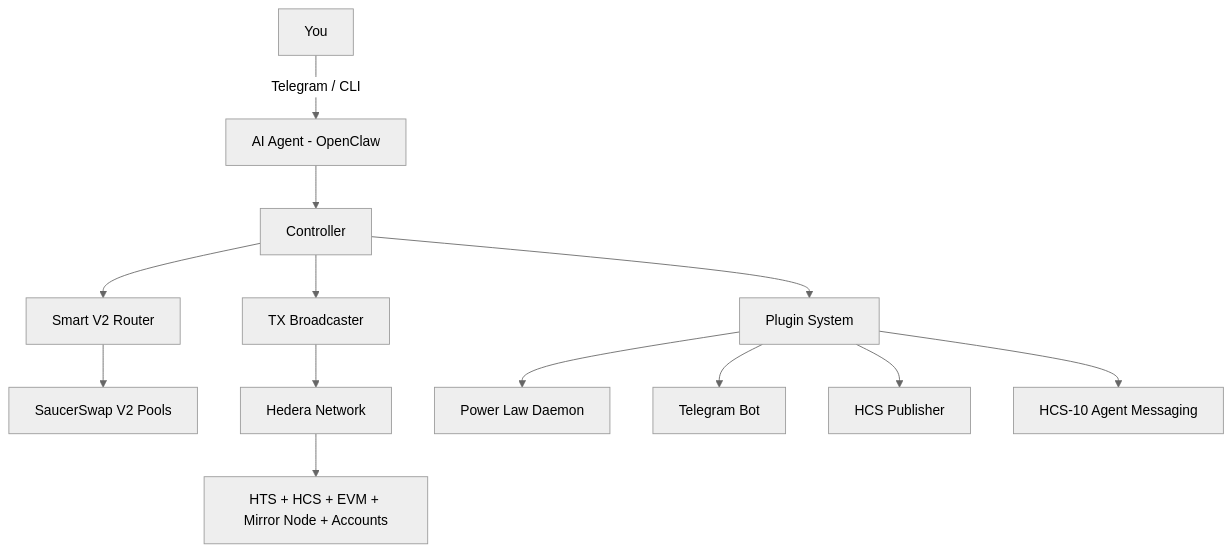
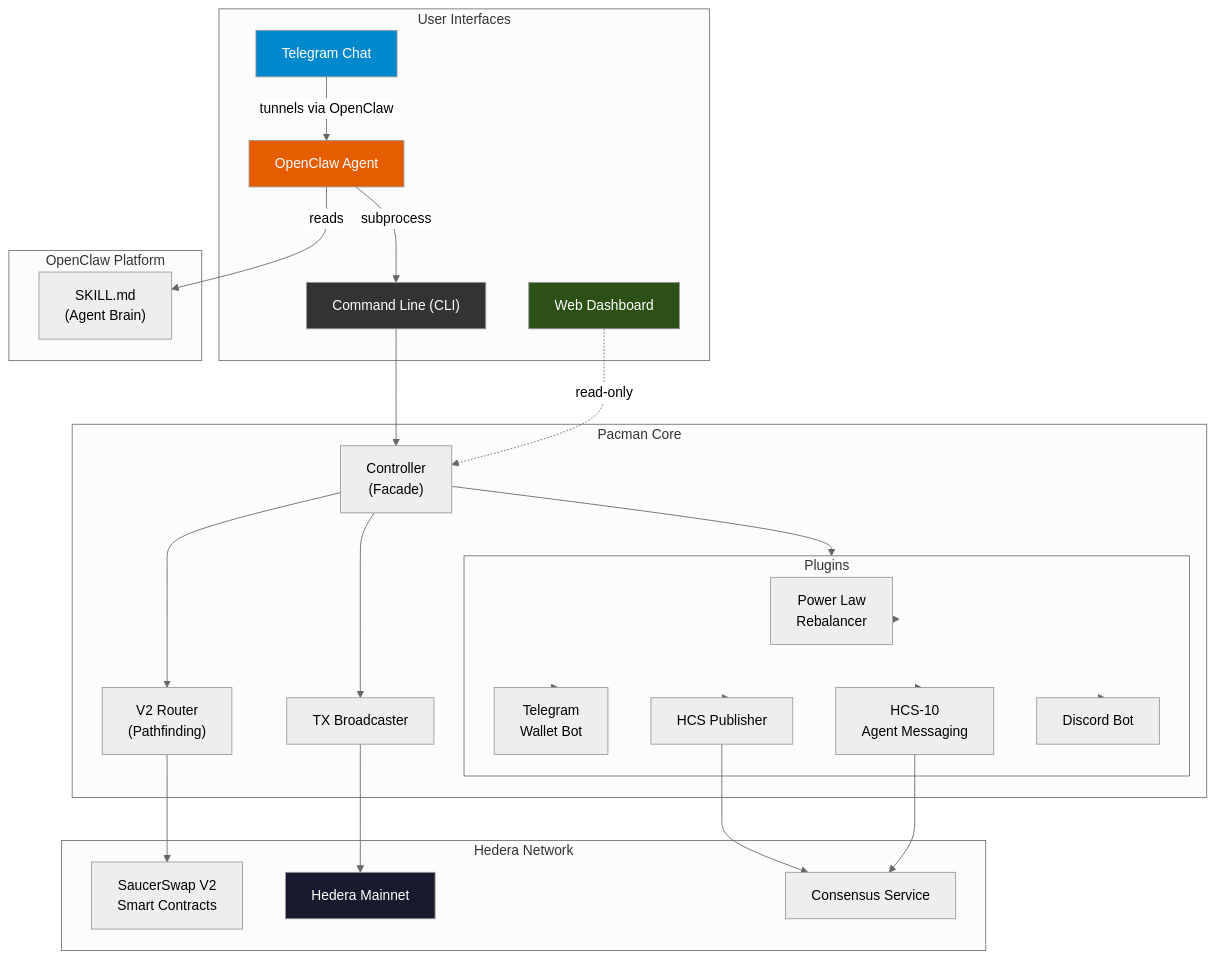
The diagram in README.md (Chris0x88/spacelord), drawn with Mermaid (neutral theme) before and after one commit. The commit also changed other lines of this file and 1 other file, not shown here.

````diff
--- a/README.md
+++ b/README.md
@@ -75,15 +56,45 @@
 ```mermaid
 graph TD
-    User[You] -->|Telegram / CLI| Agent[AI Agent - OpenClaw]
-    Agent --> Controller[Controller]
-    Controller --> Router[Smart V2 Router]
-    Controller --> Executor[TX Broadcaster]
-    Controller --> Plugins[Plugin System]
-    Router --> SS[SaucerSwap V2 Pools]
-    Executor --> Hedera[Hedera Network]
-    Plugins --> PL[Power Law Daemon]
-    Plugins --> TG[Telegram Bot]
-    Plugins --> HCS[HCS Publisher]
-    Plugins --> HCS10[HCS-10 Agent Messaging]
-    Hedera --> Services[HTS + HCS + EVM + Mirror Node + Accounts]
+    subgraph User Interfaces
+        TG["Telegram Chat"]
+        CLI["Command Line (CLI)"]
+        DASH["Web Dashboard"]
+        OC["OpenClaw Agent"]
+    end
+
+    subgraph OpenClaw Platform
+        OC -->|reads| SKILL["SKILL.md<br/>(Agent Brain)"]
+        OC -->|subprocess| CLI
+        TG -->|tunnels via OpenClaw| OC
+    end
+
+    subgraph Pacman Core
+        CLI --> Controller["Controller<br/>(Facade)"]
+        Controller --> Router["V2 Router<br/>(Pathfinding)"]
+        Controller --> Executor["TX Broadcaster"]
+        Controller --> Plugins["Plugin System"]
+    end
+
+    subgraph Plugins
+        Plugins --> PL["Power Law<br/>Rebalancer"]
+        Plugins --> TGBOT["Telegram<br/>Wallet Bot"]
+        Plugins --> HCSP["HCS Publisher"]
+        Plugins --> HCS10["HCS-10<br/>Agent Messaging"]
+        Plugins --> DISC["Discord Bot"]
+    end
+
+    subgraph Hedera Network
+        Router --> SS["SaucerSwap V2<br/>Smart Contracts"]
+        Executor --> HN["Hedera Mainnet"]
+        HCSP --> HCS["Consensus Service"]
+        HCS10 --> HCS
+    end
+
+    DASH -.->|read-only| Controller
+
+    style TG fill:#0088cc,color:#fff
+    style CLI fill:#333,color:#fff
+    style DASH fill:#2d5016,color:#fff
+    style OC fill:#e65c00,color:#fff
+    style HN fill:#1a1a2e,color:#fff
 ```
````
